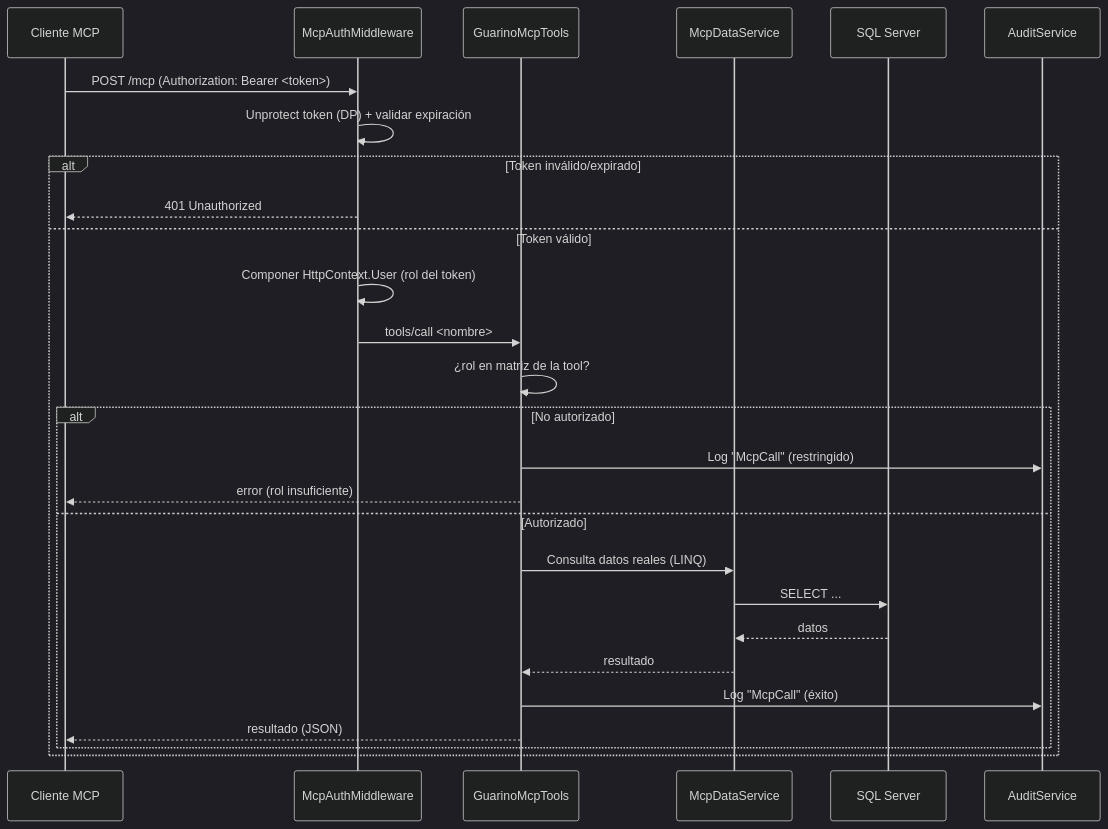
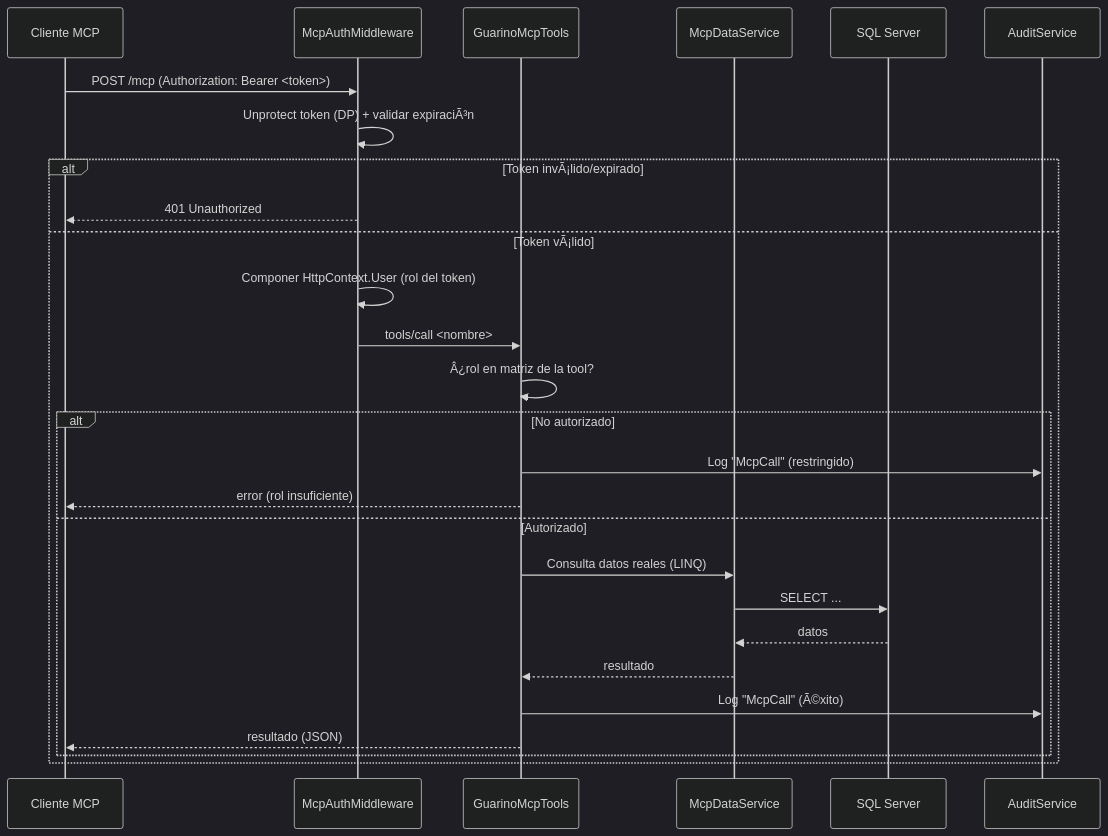
One commit to adrian-silva-uy/guarino changed the seventh of 11 diagrams in docs/diagramas.md. Above: the diagram before and after it, drawn with Mermaid (dark theme). The commit also changed other lines of this file, not shown here.

Commit message:
Fix: corrige diagrama 'Flujo de consultas de datos' (semicolon en mensaje sequenceDiagram rompia el parser Mermaid)

````diff
--- a/docs/diagramas.md
+++ b/docs/diagramas.md
@@ -210,30 +211,30 @@
 ```mermaid
 sequenceDiagram
     participant C as Cliente MCP
     participant MW as McpAuthMiddleware
     participant T as GuarinoMcpTools
     participant D as McpDataService
     participant DB as SQL Server
     participant AU as AuditService
 
     C->>MW: POST /mcp (Authorization: Bearer <token>)
-    MW->>MW: Unprotect token (DP) + validar expiración
-    alt Token inválido/expirado
+    MW->>MW: Unprotect token (DP) + validar expiraciÃ³n
+    alt Token invÃ¡lido/expirado
         MW-->>C: 401 Unauthorized
-    else Token válido
+    else Token vÃ¡lido
         MW->>MW: Componer HttpContext.User (rol del token)
         MW->>T: tools/call <nombre>
-        T->>T: ¿rol en matriz de la tool?
+        T->>T: Â¿rol en matriz de la tool?
         alt No autorizado
             T->>AU: Log "McpCall" (restringido)
             T-->>C: error (rol insuficiente)
         else Autorizado
             T->>D: Consulta datos reales (LINQ)
             D->>DB: SELECT ...
             DB-->>D: datos
             D-->>T: resultado
-            T->>AU: Log "McpCall" (éxito)
+            T->>AU: Log "McpCall" (Ã©xito)
             T-->>C: resultado (JSON)
         end
     end
 ```
````
